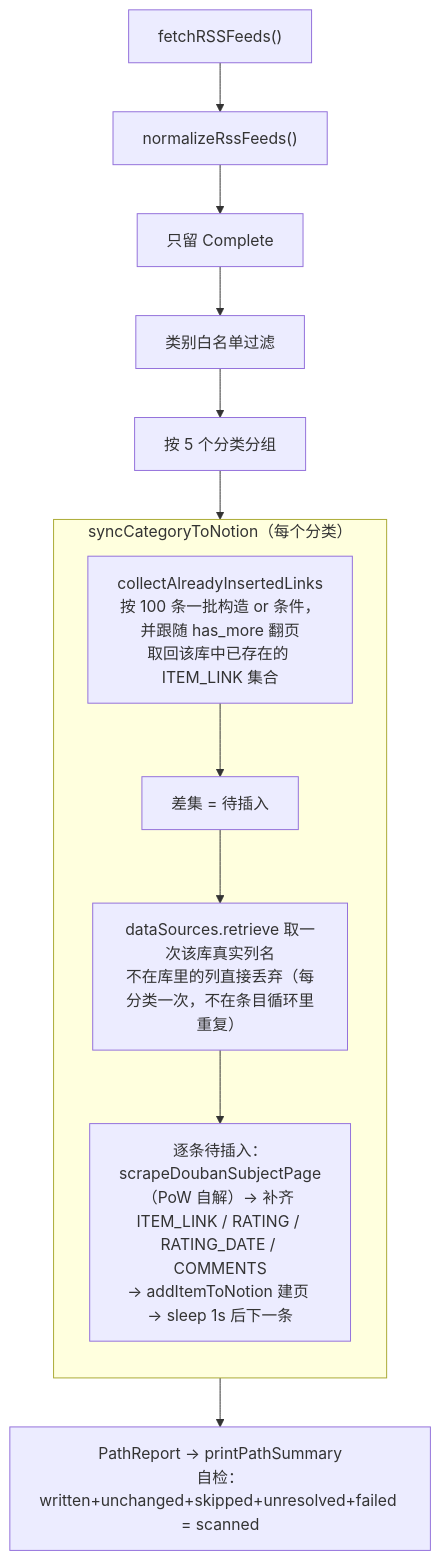
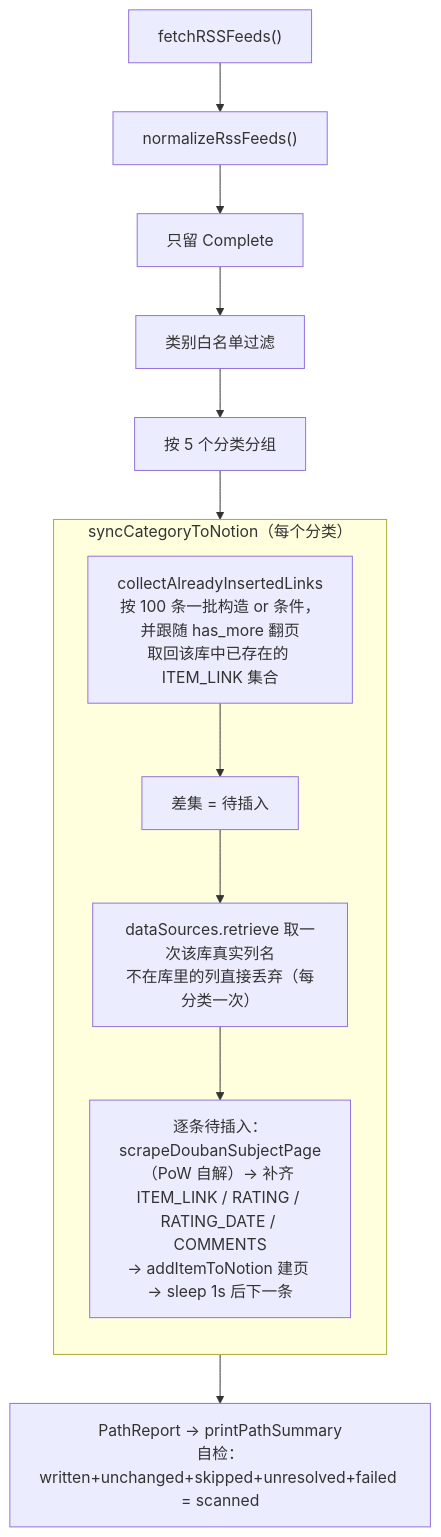
The second of 7 diagrams in README.md (sachikoakina/Audiovisual-Transporter), drawn with Mermaid before and after one commit. The commit also changed other lines of this file and 1 other file, not shown here.

````diff
--- a/README.md
+++ b/README.md
@@ -361,15 +213,15 @@
 ```mermaid
 flowchart TD
     A["fetchRSSFeeds()"] --> B["normalizeRssFeeds()"]
     B --> C["只留 Complete"]
     C --> D["类别白名单过滤"]
     D --> E["按 5 个分类分组"]
     E --> G["collectAlreadyInsertedLinks<br/>按 100 条一批构造 or 条件，并跟随 has_more 翻页<br/>取回该库中已存在的 ITEM_LINK 集合"]
     subgraph SG["syncCategoryToNotion（每个分类）"]
         direction TB
         G --> H["差集 = 待插入"]
-        H --> I["dataSources.retrieve 取一次该库真实列名<br/>不在库里的列直接丢弃（每分类一次，不在条目循环里重复）"]
+        H --> I["dataSources.retrieve 取一次该库真实列名<br/>不在库里的列直接丢弃（每分类一次）"]
         I --> J["逐条待插入：<br/>scrapeDoubanSubjectPage（PoW 自解）→ 补齐 ITEM_LINK / RATING / RATING_DATE / COMMENTS<br/>→ addItemToNotion 建页 → sleep 1s 后下一条"]
     end
     SG --> K["PathReport → printPathSummary<br/>自检：written+unchanged+skipped+unresolved+failed = scanned"]
 ```
````
